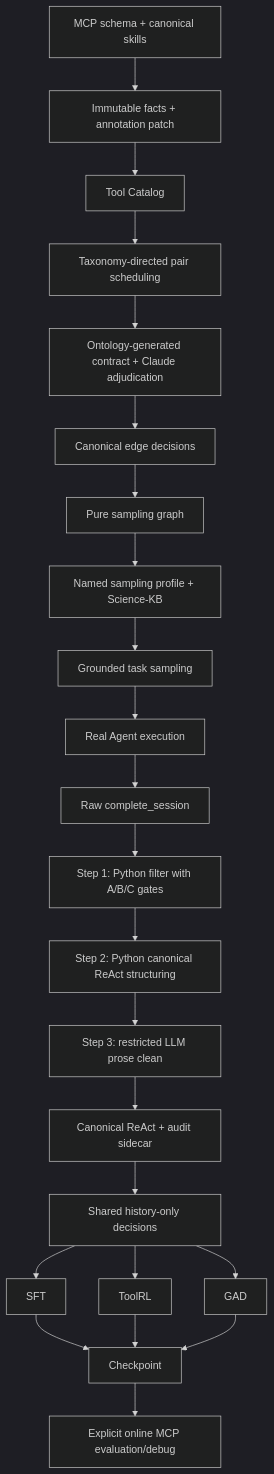
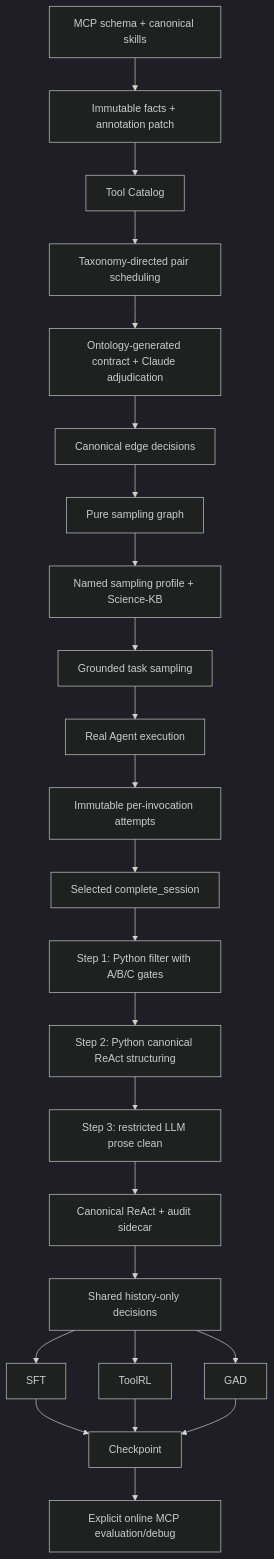
One commit to mu9enn/drug-pipe changed the diagram in docs/MAINLINE.md. Above: the diagram before and after it, drawn with Mermaid (dark theme). The commit also changed other lines of this file and 16 other files, not shown here.

````diff
--- a/docs/MAINLINE.md
+++ b/docs/MAINLINE.md
@@ -31,25 +31,26 @@
 ```mermaid
 flowchart TD
     A[MCP schema + canonical skills] --> B[Immutable facts + annotation patch]
     B --> C[Tool Catalog]
     C --> D[Taxonomy-directed pair scheduling]
     D --> E[Ontology-generated contract + Claude adjudication]
     E --> F[Canonical edge decisions]
     F --> G[Pure sampling graph]
     G --> S[Named sampling profile + Science-KB]
     S --> H[Grounded task sampling]
     H --> I[Real Agent execution]
-    I --> J[Raw complete_session]
+    I --> V[Immutable per-invocation attempts]
+    V --> J[Selected complete_session]
     J --> K[Step 1: Python filter with A/B/C gates]
     K --> U[Step 2: Python canonical ReAct structuring]
     U --> T[Step 3: restricted LLM prose clean]
     T --> R[Canonical ReAct + audit sidecar]
     R --> L[Shared history-only decisions]
     L --> M[SFT]
     L --> N[ToolRL]
     L --> O[GAD]
     M --> P[Checkpoint]
     N --> P
     O --> P
     P --> Q[Explicit online MCP evaluation/debug]
 ```
````
